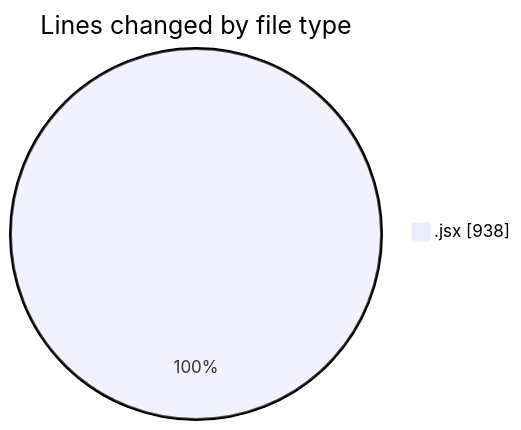
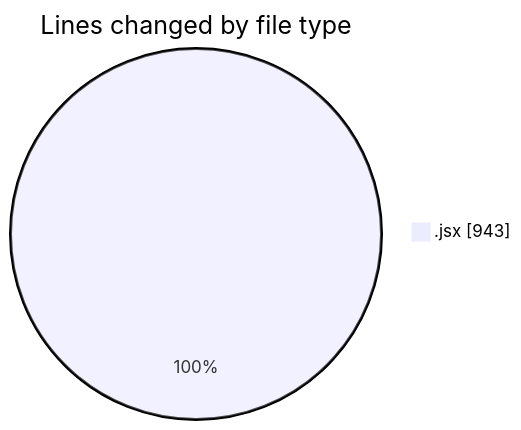
Before and after one commit to nxtqubesakshisongat/code-tracking: the first of 2 diagrams in 2025-06-30/argos/README.md, drawn with Mermaid. The commit also changed other lines of this file and 1 other file, not shown here.

````diff
--- a/2025-06-30/argos/README.md
+++ b/2025-06-30/argos/README.md
@@ -22,5 +22,5 @@
 ```mermaid
 pie showData
 title Lines changed by file type
-".jsx" : 938
+".jsx" : 943
 ```
````
